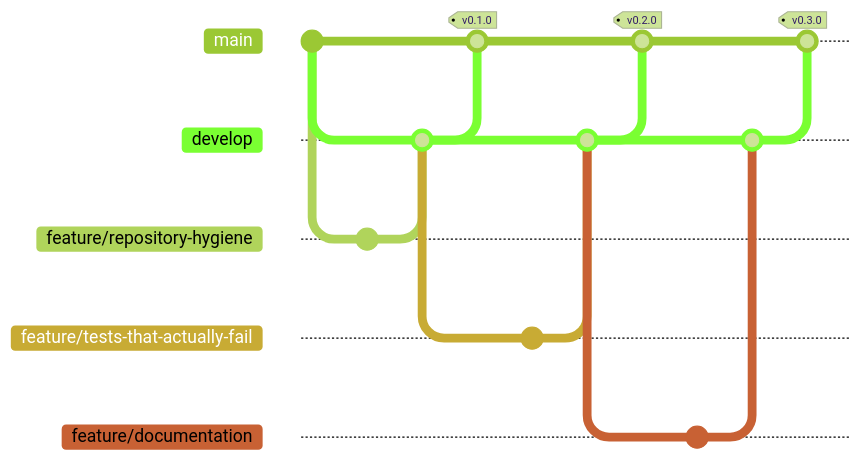
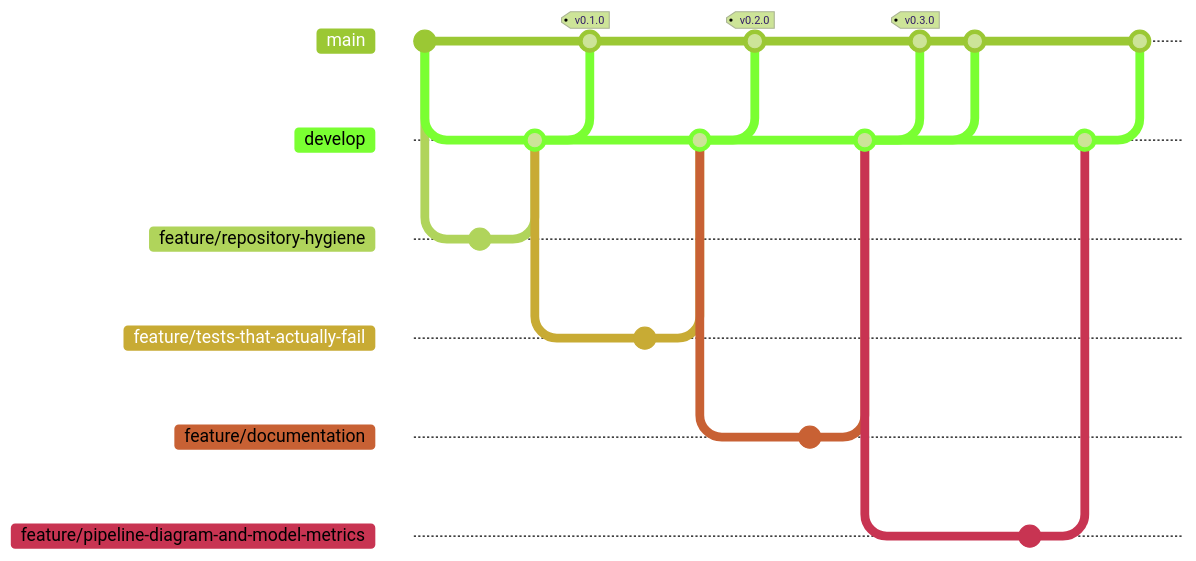
Before and after one commit to danielyatacoblas/omni-guard: the second of 2 diagrams in README.md, drawn with Mermaid (forest theme). The commit also changed other lines of this file, not shown here. Commit ids are hidden.

Commit message:
docs: regenerate the branch diagram after the release merge
The block quotes counts read from the history, so committing it necessarily changes what it counts. It is generated last and says when it was taken rather than pretending to be live.

````diff
--- a/README.md
+++ b/README.md
@@ -179,29 +179,39 @@
 ```mermaid
 gitGraph
    commit id: "import"
    branch develop
    checkout develop
    branch feature/repository-hygiene
    checkout feature/repository-hygiene
    commit
    checkout develop
    merge feature/repository-hygiene
    checkout main
    merge develop tag: "v0.1.0"
    checkout develop
    branch feature/tests-that-actually-fail
    checkout feature/tests-that-actually-fail
    commit
    checkout develop
    merge feature/tests-that-actually-fail
    checkout main
    merge develop tag: "v0.2.0"
    checkout develop
    branch feature/documentation
    checkout feature/documentation
    commit
    checkout develop
    merge feature/documentation
    checkout main
    merge develop tag: "v0.3.0"
+   checkout main
+   merge develop
+   checkout develop
+   branch feature/pipeline-diagram-and-model-metrics
+   checkout feature/pipeline-diagram-and-model-metrics
+   commit
+   checkout develop
+   merge feature/pipeline-diagram-and-model-metrics
+   checkout main
+   merge develop
 ```
````
